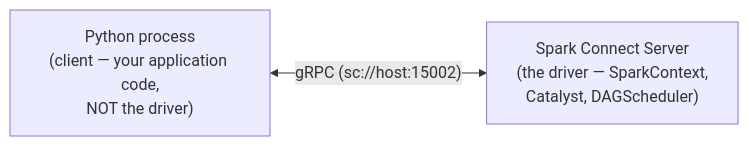
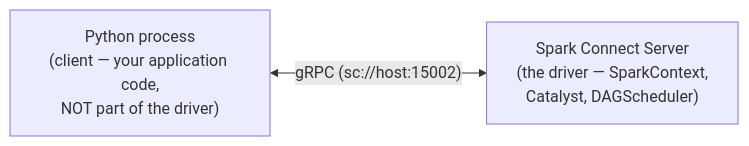
Before and after one commit to arindamchoudhury/spark-gyan: the eighth of 20 diagrams in docs/spark-book/ch01-spark-architecture.md, drawn with Mermaid. The commit also changed other lines of this file and 1 other file, not shown here.

First line of the commit message:
Ch01/Ch04: accuracy pass — driver/Connect/cluster-mgr/memory detail; Ch04 AQE + shared-vars sections

````diff
--- a/docs/spark-book/ch01-spark-architecture.md
+++ b/docs/spark-book/ch01-spark-architecture.md
@@ -533,6 +527,6 @@
 ```mermaid
 flowchart LR
-    P["Python process\n(client — your application code,\nNOT the driver)"]
+    P["Python process\n(client — your application code,\nNOT part of the driver)"]
     S["Spark Connect Server\n(the driver — SparkContext,\nCatalyst, DAGScheduler)"]
     P <-->|"gRPC (sc://host:15002)"| S
 ```
````
